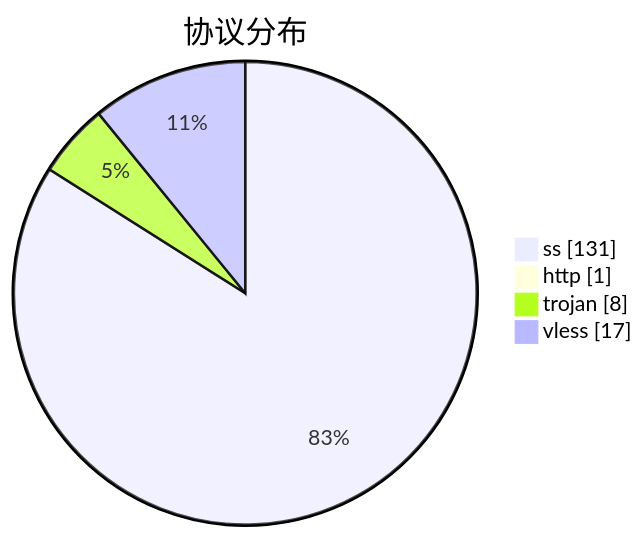
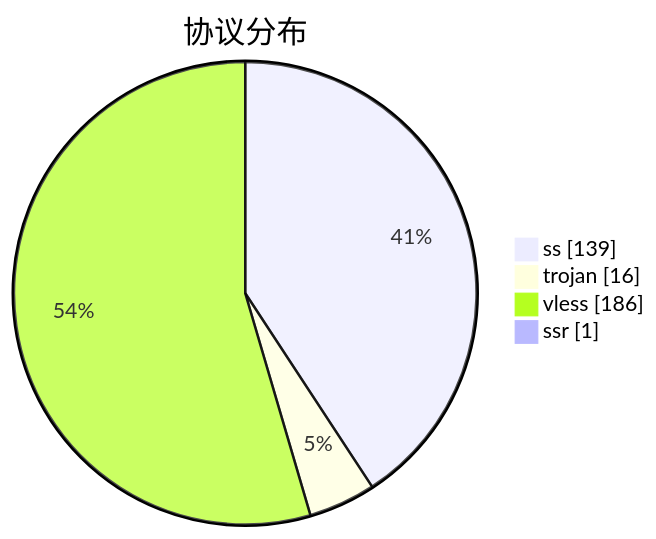
Before and after one commit to qjlxg/airport: the third of 3 diagrams in subs/statistics/tested_within.md, drawn with Mermaid. The commit also changed other lines of this file and 2 other files, not shown here.

````diff
--- a/subs/statistics/tested_within.md
+++ b/subs/statistics/tested_within.md
@@ -16,8 +18,8 @@
 ```mermaid
 pie showData
 title 协议分布
-"ss" : 131
-"http" : 1
-"trojan" : 8
-"vless" : 17
+"ss" : 139
+"trojan" : 16
+"vless" : 186
+"ssr" : 1
 ```
````
